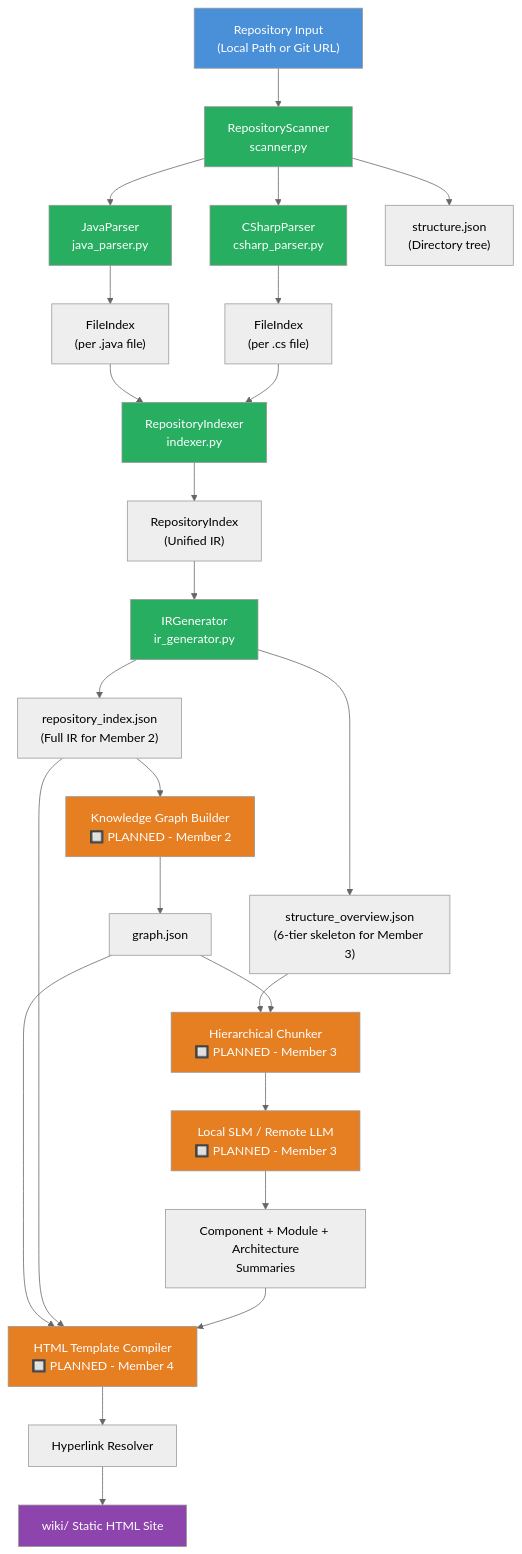
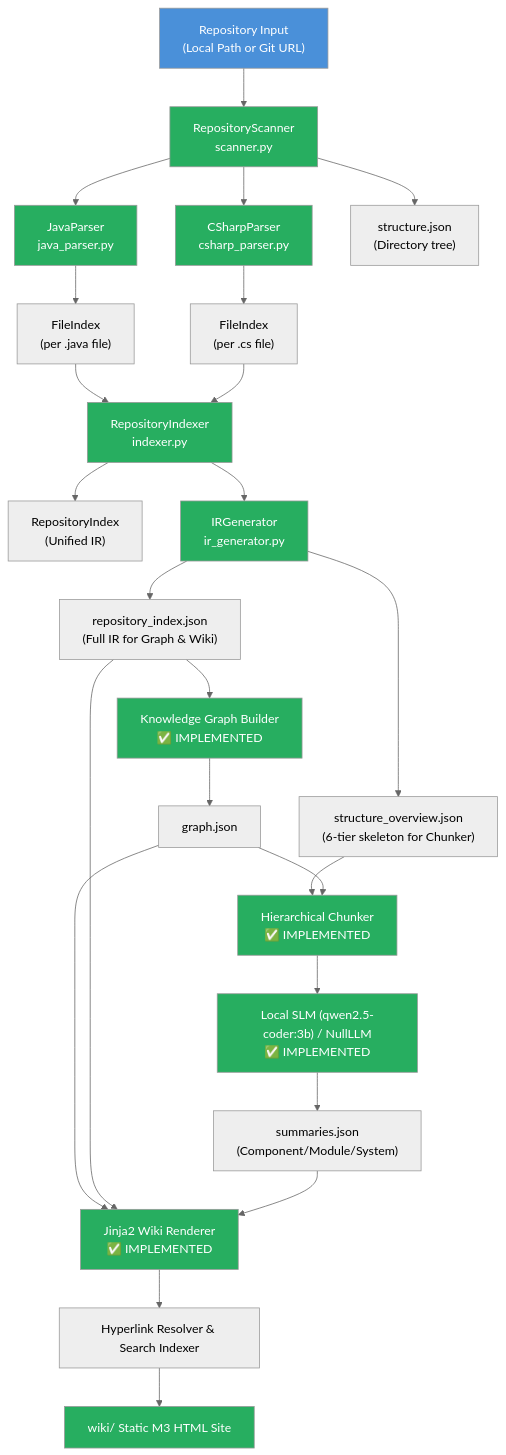
One commit to DarkKing335/Wiki-Generation changed the first of 2 diagrams in docs/project-understanding/architecture.md. Above: the diagram before and after it, drawn with Mermaid (neutral theme). The commit also changed other lines of this file and 16 other files, not shown here.

Commit message:
feat: implement full repository documentation generation pipeline including automated AST indexing and static M3 site rendering

````diff
--- a/docs/project-understanding/architecture.md
+++ b/docs/project-understanding/architecture.md
@@ -52,46 +52,46 @@
 ```mermaid
 graph TD
     A["Repository Input\n(Local Path or Git URL)"] --> B["RepositoryScanner\nscanner.py"]
 
     B --> C["JavaParser\njava_parser.py"]
     B --> D["CSharpParser\ncsharp_parser.py"]
     B --> E["structure.json\n(Directory tree)"]
 
     C --> F["FileIndex\n(per .java file)"]
     D --> G["FileIndex\n(per .cs file)"]
 
     F --> H["RepositoryIndexer\nindexer.py"]
     G --> H
 
     H --> I["RepositoryIndex\n(Unified IR)"]
 
-    I --> J["IRGenerator\nir_generator.py"]
-    J --> K["repository_index.json\n(Full IR for Member 2)"]
-    J --> L["structure_overview.json\n(6-tier skeleton for Member 3)"]
+    H --> J["IRGenerator\nir_generator.py"]
+    J --> K["repository_index.json\n(Full IR for Graph & Wiki)"]
+    J --> L["structure_overview.json\n(6-tier skeleton for Chunker)"]
 
-    K --> M["Knowledge Graph Builder\n🔲 PLANNED - Member 2"]
+    K --> M["Knowledge Graph Builder\n✅ IMPLEMENTED"]
     M --> N["graph.json"]
 
-    L --> O["Hierarchical Chunker\n🔲 PLANNED - Member 3"]
+    L --> O["Hierarchical Chunker\n✅ IMPLEMENTED"]
     N --> O
-    O --> P["Local SLM / Remote LLM\n🔲 PLANNED - Member 3"]
-    P --> Q["Component + Module + Architecture\nSummaries"]
+    O --> P["Local SLM (qwen2.5-coder:3b) / NullLLM\n✅ IMPLEMENTED"]
+    P --> Q["summaries.json\n(Component/Module/System)"]
 
-    N --> R["HTML Template Compiler\n🔲 PLANNED - Member 4"]
+    N --> R["Jinja2 Wiki Renderer\n✅ IMPLEMENTED"]
     K --> R
     Q --> R
-    R --> S["Hyperlink Resolver"]
-    S --> T["wiki/ Static HTML Site"]
+    R --> S["Hyperlink Resolver & Search Indexer"]
+    S --> T["wiki/ Static M3 HTML Site"]
 
     style A fill:#4a90d9,color:#fff
     style B fill:#27ae60,color:#fff
     style C fill:#27ae60,color:#fff
     style D fill:#27ae60,color:#fff
     style H fill:#27ae60,color:#fff
     style J fill:#27ae60,color:#fff
-    style M fill:#e67e22,color:#fff
-    style O fill:#e67e22,color:#fff
-    style P fill:#e67e22,color:#fff
-    style R fill:#e67e22,color:#fff
-    style T fill:#8e44ad,color:#fff
+    style M fill:#27ae60,color:#fff
+    style O fill:#27ae60,color:#fff
+    style P fill:#27ae60,color:#fff
+    style R fill:#27ae60,color:#fff
+    style T fill:#27ae60,color:#fff
 ```
````
